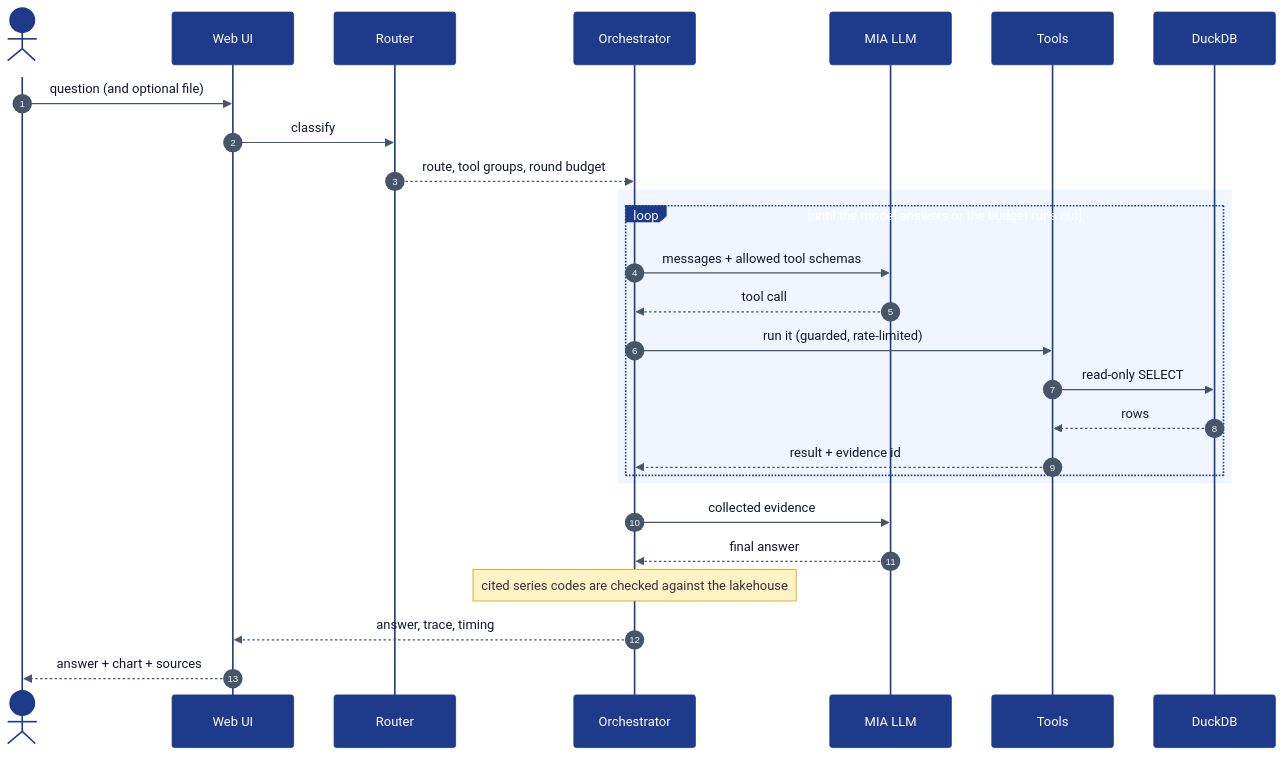
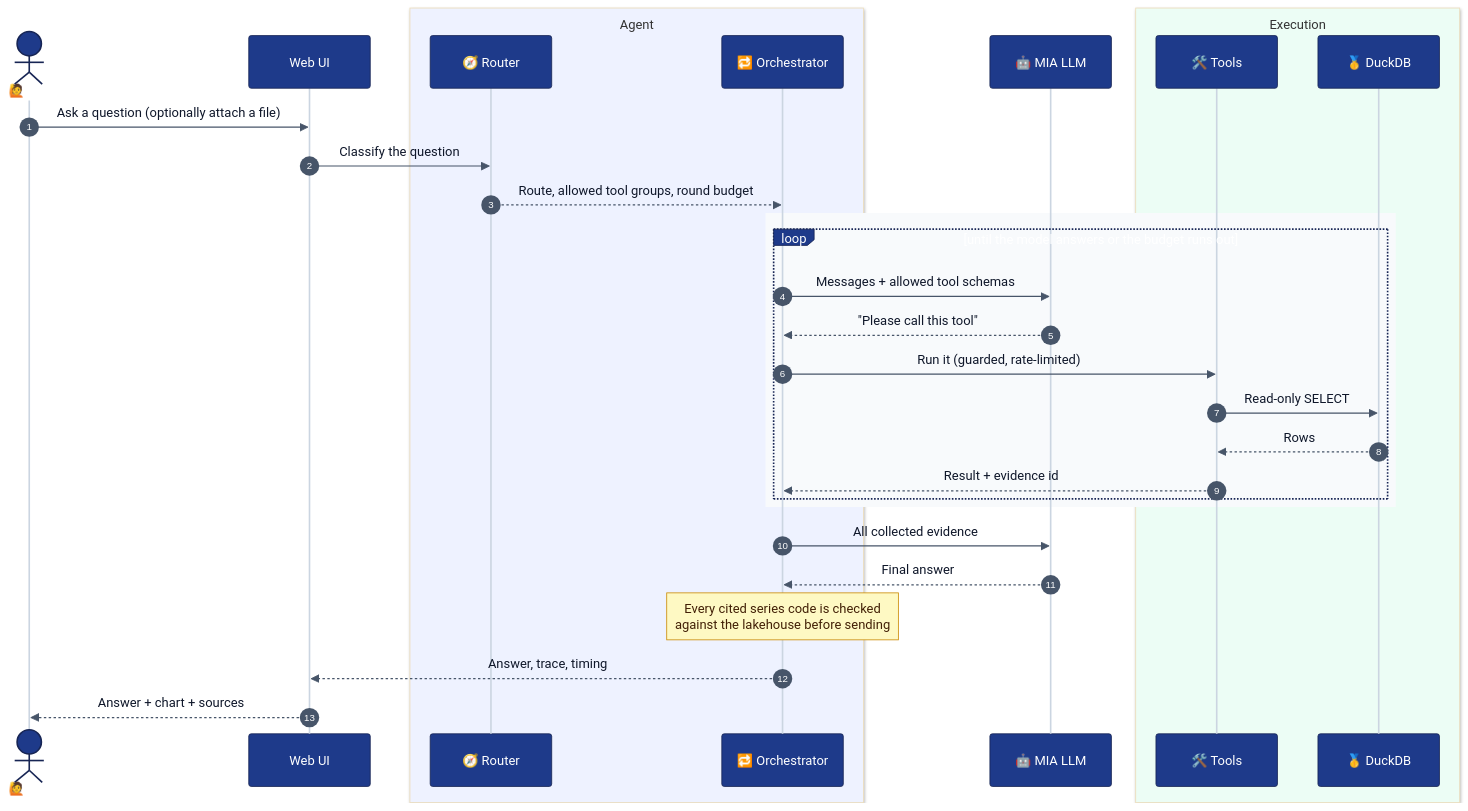
Before and after one commit to berataydemirr/albert-long-nodes-kkb-hackathon: the second of 4 diagrams in README.md, drawn with Mermaid. The commit also changed other lines of this file, not shown here.

Commit message:
update readme with diagrams

````diff
--- a/README.md
+++ b/README.md
@@ -251,31 +117,35 @@
 ```mermaid
-%%{init: {"theme": "base", "themeVariables": {"fontFamily": "Segoe UI, Helvetica, Arial, sans-serif", "actorBkg": "#1e3a8a", "actorTextColor": "#ffffff", "actorBorder": "#1e3a8a", "signalColor": "#475569", "signalTextColor": "#0f172a", "noteBkgColor": "#fef3c7", "noteBorderColor": "#d4a106", "activationBkgColor": "#dbeafe"}}}%%
+%%{init: {"theme": "base", "themeVariables": {"fontFamily": "Inter, Segoe UI, Helvetica, Arial, sans-serif", "fontSize": "14px", "actorBkg": "#1e3a8a", "actorTextColor": "#ffffff", "actorBorder": "#172554", "actorLineColor": "#cbd5e1", "signalColor": "#475569", "signalTextColor": "#0f172a", "noteBkgColor": "#fef9c3", "noteBorderColor": "#ca8a04", "noteTextColor": "#422006", "activationBkgColor": "#dbeafe", "activationBorderColor": "#3b82f6", "sequenceNumberColor": "#ffffff"}}}%%
 sequenceDiagram
   autonumber
-  actor U as User
+  actor U as 🙋 You
   participant W as Web UI
-  participant R as Router
-  participant O as Orchestrator
-  participant M as MIA LLM
-  participant T as Tools
-  participant D as DuckDB
+  box rgb(238, 242, 255) Agent
+    participant R as 🧭 Router
+    participant O as 🔁 Orchestrator
+  end
+  participant M as 🤖 MIA LLM
+  box rgb(236, 253, 245) Execution
+    participant T as 🛠️ Tools
+    participant D as 🥇 DuckDB
+  end
 
-  U->>W: question (and optional file)
-  W->>R: classify
-  R-->>O: route, tool groups, round budget
-  rect rgb(239, 246, 255)
+  U->>W: Ask a question (optionally attach a file)
+  W->>R: Classify the question
+  R-->>O: Route, allowed tool groups, round budget
+  rect rgb(248, 250, 252)
     loop until the model answers or the budget runs out
-      O->>M: messages + allowed tool schemas
-      M-->>O: tool call
-      O->>T: run it (guarded, rate-limited)
-      T->>D: read-only SELECT
-      D-->>T: rows
-      T-->>O: result + evidence id
+      O->>M: Messages + allowed tool schemas
+      M-->>O: "Please call this tool"
+      O->>T: Run it (guarded, rate-limited)
+      T->>D: Read-only SELECT
+      D-->>T: Rows
+      T-->>O: Result + evidence id
     end
   end
-  O->>M: collected evidence
-  M-->>O: final answer
-  Note over O: cited series codes are checked against the lakehouse
-  O-->>W: answer, trace, timing
-  W-->>U: answer + chart + sources
+  O->>M: All collected evidence
+  M-->>O: Final answer
+  Note over O: Every cited series code is checked<br/>against the lakehouse before sending
+  O-->>W: Answer, trace, timing
+  W-->>U: Answer + chart + sources
 ```
````
